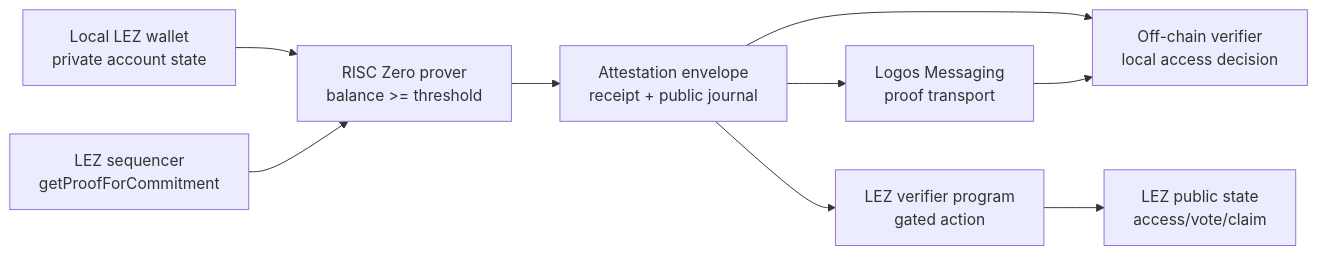
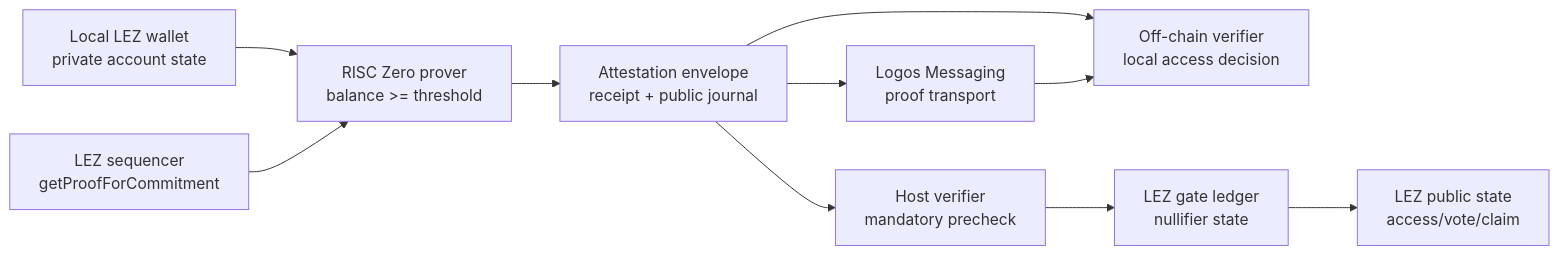
The first of 3 diagrams in docs/ARCHITECTURE.md (dubzn/logos-private-balance-attestation), drawn with Mermaid before and after one commit. The commit also changed other lines of this file and 14 other files, not shown here.

````diff
--- a/docs/ARCHITECTURE.md
+++ b/docs/ARCHITECTURE.md
@@ -9,20 +9,22 @@
 ```mermaid
 flowchart LR
   Wallet["Local LEZ wallet<br/>private account state"]
   Sequencer["LEZ sequencer<br/>getProofForCommitment"]
   Prover["RISC Zero prover<br/>balance >= threshold"]
   Envelope["Attestation envelope<br/>receipt + public journal"]
   Offchain["Off-chain verifier<br/>local access decision"]
   Messaging["Logos Messaging<br/>proof transport"]
-  LEZProgram["LEZ verifier program<br/>gated action"]
+  HostVerifier["Host verifier<br/>mandatory precheck"]
+  GateLedger["LEZ gate ledger<br/>nullifier state"]
   ChainState["LEZ public state<br/>access/vote/claim"]
 
   Wallet --> Prover
   Sequencer --> Prover
   Prover --> Envelope
   Envelope --> Offchain
   Envelope --> Messaging
   Messaging --> Offchain
-  Envelope --> LEZProgram
-  LEZProgram --> ChainState
+  Envelope --> HostVerifier
+  HostVerifier --> GateLedger
+  GateLedger --> ChainState
 ```
````
